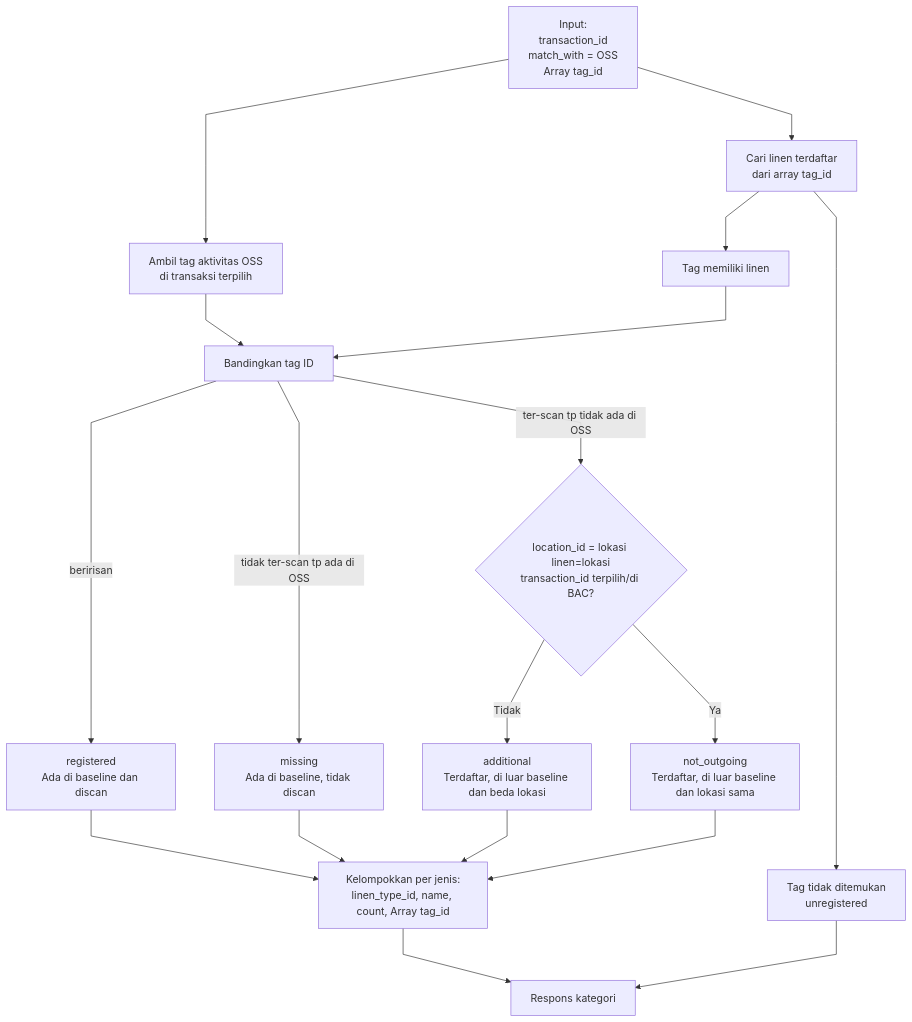
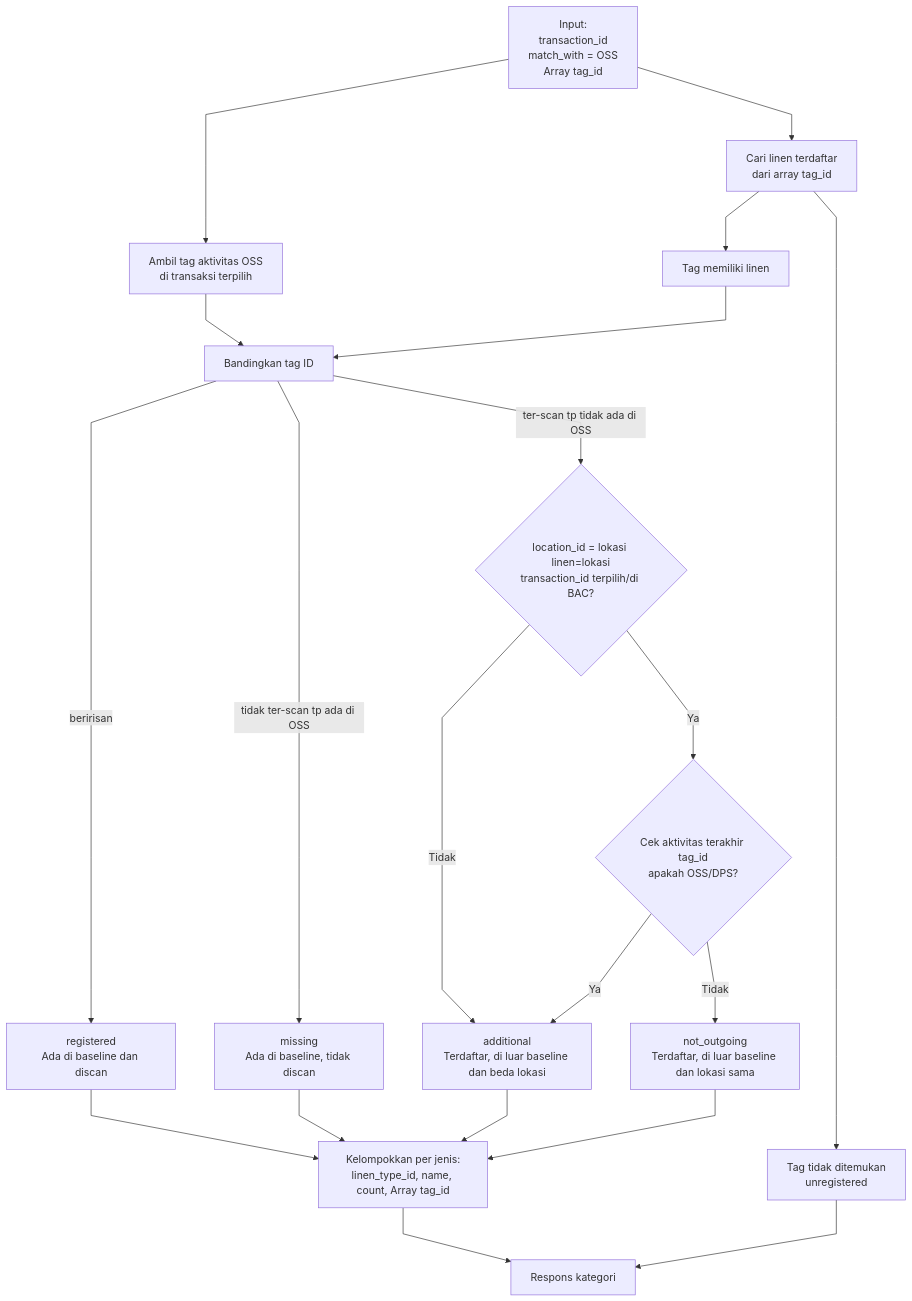
The second of 3 diagrams in laundry-activities/driver-pickup-soil.md (bagaskrmn/bac-flow-laundry), drawn with Mermaid before and after one commit.

Commit message:
fix DPS matched

````diff
--- a/laundry-activities/driver-pickup-soil.md
+++ b/laundry-activities/driver-pickup-soil.md
@@ -12,29 +12,31 @@
 ```mermaid
 %%{init: {'flowchart': {'curve': 'linear', 'nodeSpacing': 60, 'rankSpacing': 80, 'diagramPadding': 24}}}%%
 flowchart TD
     N_IN["Input:<br/>transaction_id<br/>match_with = OSS<br/>Array tag_id"]
 
     N_IN --> N_MASTER["Cari linen terdaftar<br/>dari array tag_id"]
     N_MASTER --> N_REGISTERED["Tag memiliki linen"]
     N_MASTER --> N_UNREG["Tag tidak ditemukan<br/>unregistered"]
 
     N_IN --> N_BASE["Ambil tag aktivitas OSS<br/>di transaksi terpilih"]
     N_BASE --> N_COMP["Bandingkan tag ID"]
     N_REGISTERED --> N_COMP
 
     N_COMP -->|beririsan| N_MATCH["registered<br/>Ada di baseline dan discan"]
     N_COMP --> |tidak ter-scan tp ada di OSS|N_MISS["missing<br/>Ada di baseline, tidak discan"]
     N_COMP --> |ter-scan tp tidak ada di OSS|N_CHECK_ADD{"location_id = lokasi linen=lokasi<br/>transaction_id terpilih/di BAC?"}
 
-    N_CHECK_ADD -->|Ya| N_NOT_OUT["not_outgoing<br/>Terdaftar, di luar baseline dan lokasi sama"]
+    N_CHECK_ADD -->|Ya| N_OSSDPS{"Cek aktivitas terakhir tag_id<br/>apakah OSS/DPS?"}
     N_CHECK_ADD -->|Tidak| N_ADD["additional<br/>Terdaftar, di luar baseline dan beda lokasi"]
+    N_OSSDPS -->|Ya|N_ADD
+    N_OSSDPS -->|Tidak| N_NOT_OUT["not_outgoing<br/>Terdaftar, di luar baseline dan lokasi sama"]
 
     N_MATCH --> N_GROUP["Kelompokkan per jenis:<br/>linen_type_id, name, count, Array tag_id"]
     N_MISS --> N_GROUP
     N_ADD --> N_GROUP
     N_NOT_OUT --> N_GROUP
     N_GROUP --> N_RES["Respons kategori"]
     N_UNREG --> N_RES
 
-    class N_CHECK_ADD,N_NOT_OUT danger
+    class N_CHECK_ADD,N_NOT_OUT,N_OSSDPS danger
 ```
````
